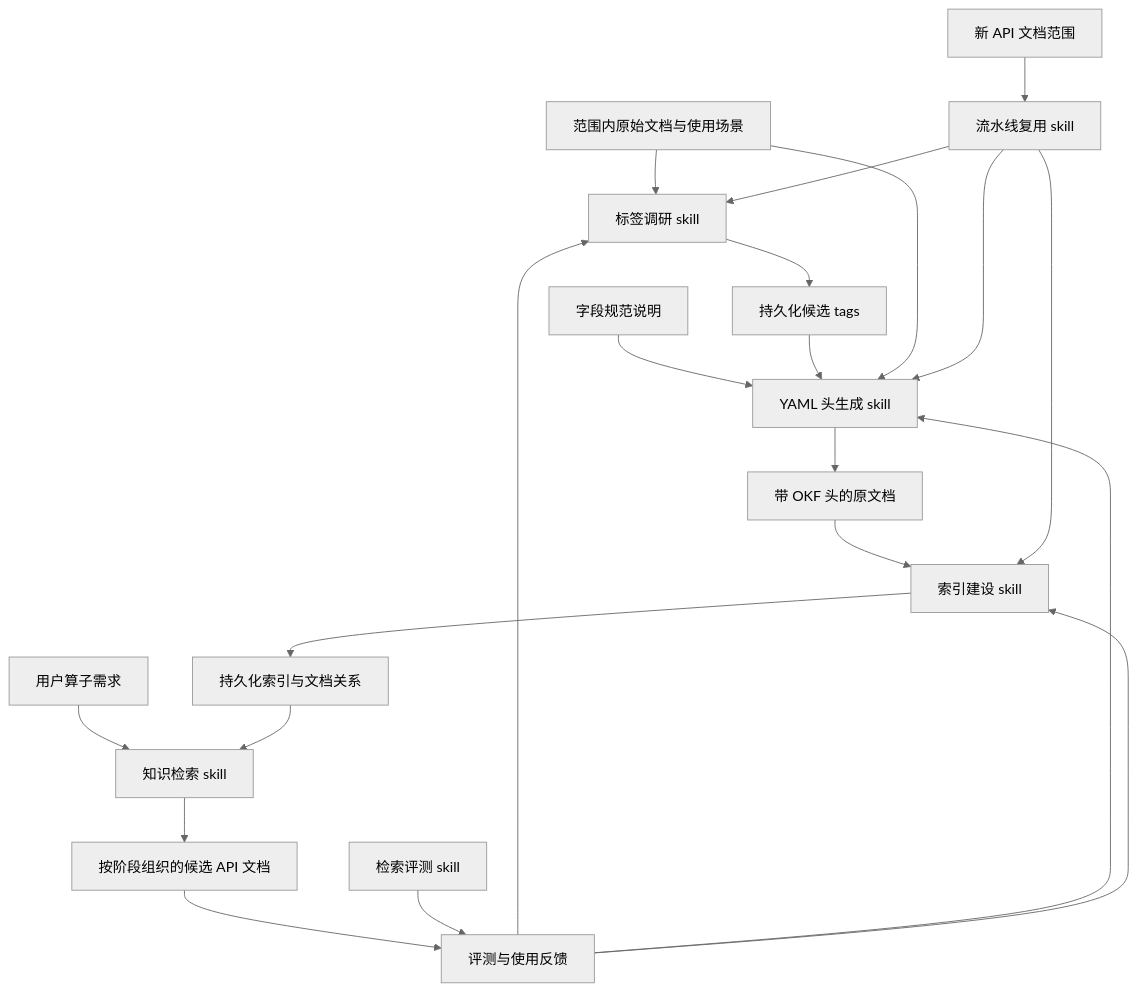
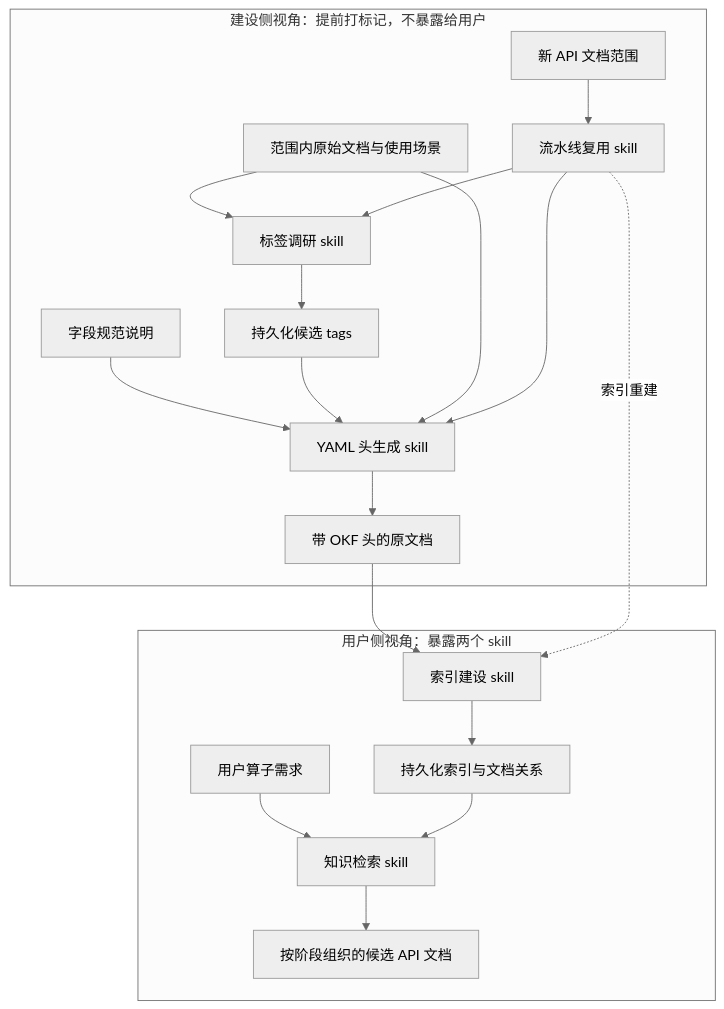
Before and after one commit to qingshangyan12/asc-devkit_clone: the diagram in okf_skills/流程与架构说明书.md, drawn with Mermaid (neutral theme). The commit also changed other lines of this file, not shown here.

Commit message:
docs(okf): restructure flow doc into build/user dual perspectives, drop evaluation loop

````diff
--- a/okf_skills/流程与架构说明书.md
+++ b/okf_skills/流程与架构说明书.md
@@ -15,23 +20,22 @@
 ```mermaid
 flowchart TD
-    A[范围内原始文档与使用场景] --> B[标签调研 skill]
-    B --> C[持久化候选 tags]
-    D[字段规范说明] --> E[YAML 头生成 skill]
-    C --> E
-    A --> E
-    E --> F[带 OKF 头的原文档]
-    F --> G[索引建设 skill]
-    G --> H[持久化索引与文档关系]
-    I[用户算子需求] --> J[知识检索 skill]
-    H --> J
-    J --> K[按阶段组织的候选 API 文档]
-    K --> L[评测与使用反馈]
-    L --> B
-    L --> E
-    L --> G
-    M[新 API 文档范围] --> N[流水线复用 skill]
-    N --> B
-    N --> E
-    N --> G
-    O[检索评测 skill] --> L
+    subgraph S1[建设侧视角：提前打标记，不暴露给用户]
+        A[范围内原始文档与使用场景] --> B[标签调研 skill]
+        B --> C[持久化候选 tags]
+        D[字段规范说明] --> E[YAML 头生成 skill]
+        C --> E
+        A --> E
+        E --> F[带 OKF 头的原文档]
+        M[新 API 文档范围] --> N[流水线复用 skill]
+        N --> B
+        N --> E
+    end
+    subgraph S2[用户侧视角：暴露两个 skill]
+        F --> G[索引建设 skill]
+        G --> H[持久化索引与文档关系]
+        I[用户算子需求] --> J[知识检索 skill]
+        H --> J
+        J --> K[按阶段组织的候选 API 文档]
+    end
+    N -.索引重建.-> G
 ```
````
